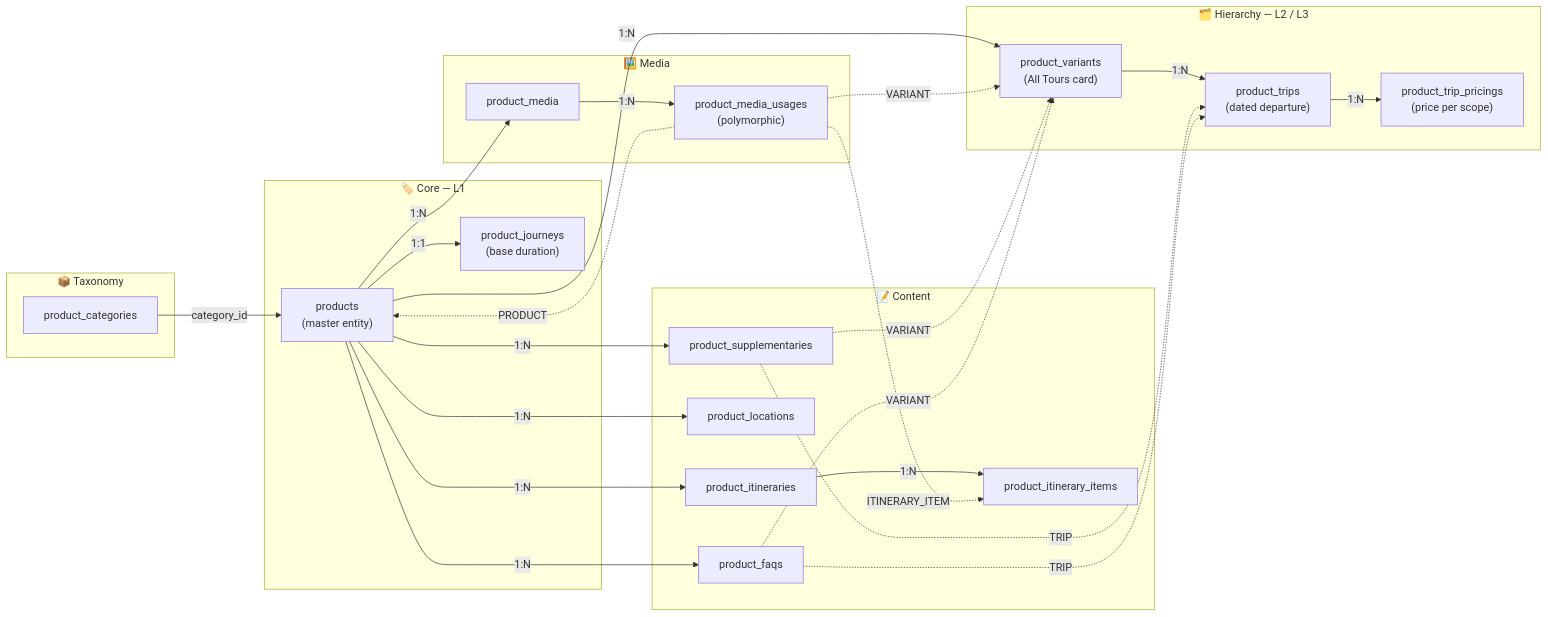
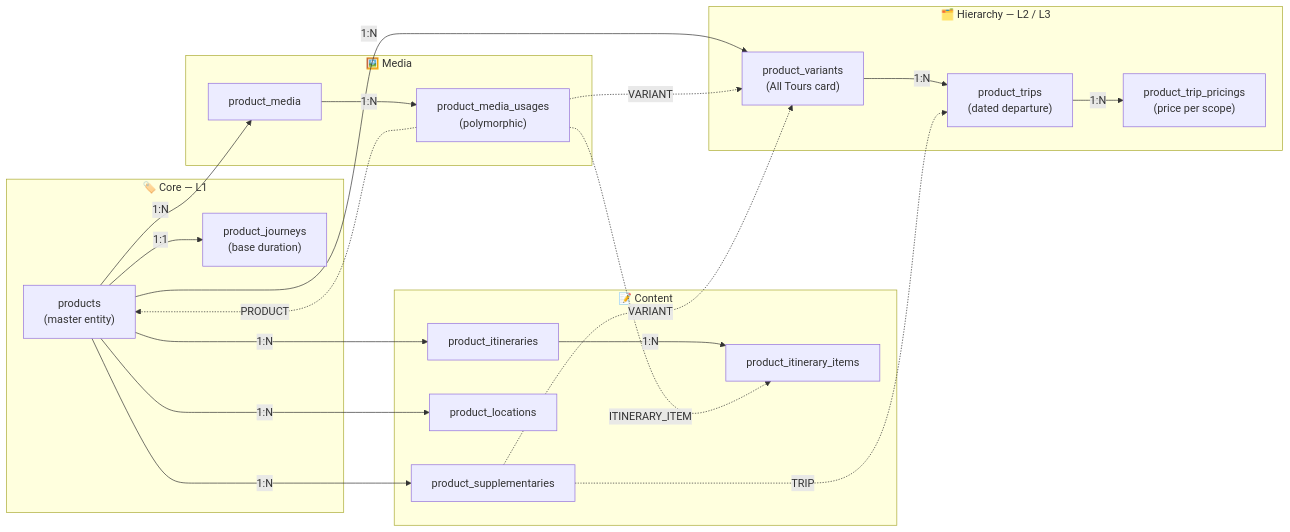
Before and after one commit to Haris-saifudin/hobiholidays-documentations: the third of 3 diagrams in product-hierarchy-technical-design.md, drawn with Mermaid. The commit also changed other lines of this file and 1 other file, not shown here.

Commit message:
refactor: remove product categories and FAQs while integrating an area domain for location management in technical design documentation

````diff
--- a/product-hierarchy-technical-design.md
+++ b/product-hierarchy-technical-design.md
@@ -356,54 +342,45 @@
 ```mermaid
 flowchart LR
-    subgraph TAXONOMY["📦 Taxonomy"]
-        CAT["product_categories"]
-    end
-
     subgraph CORE["🏷️ Core — L1"]
         P["products\n(master entity)"]
         PJ["product_journeys\n(base duration)"]
     end
 
     subgraph HIERARCHY["🗂️ Hierarchy — L2 / L3"]
         PV["product_variants\n(All Tours card)"]
         PT["product_trips\n(dated departure)"]
         PP["product_trip_pricings\n(price per scope)"]
     end
 
     subgraph CONTENT["📝 Content"]
         ITN["product_itineraries"]
         ITEM["product_itinerary_items"]
         LOC["product_locations"]
         SUPP["product_supplementaries"]
-        FAQ["product_faqs"]
     end
 
     subgraph MEDIA["🖼️ Media"]
         M["product_media"]
         MU["product_media_usages\n(polymorphic)"]
     end
 
-    CAT -->|"category_id"| P
     P   -->|"1:1"| PJ
     P   -->|"1:N"| PV
     PV  -->|"1:N"| PT
     PT  -->|"1:N"| PP
 
     P   -->|"1:N"| ITN
     ITN -->|"1:N"| ITEM
     P   -->|"1:N"| LOC
     P   -->|"1:N"| SUPP
-    P   -->|"1:N"| FAQ
 
     P   -->|"1:N"| M
     M   -->|"1:N"| MU
 
     MU  -. "PRODUCT" .-> P
     MU  -. "VARIANT" .-> PV
     MU  -. "ITINERARY_ITEM" .-> ITEM
 
     SUPP -. "VARIANT" .-> PV
     SUPP -. "TRIP" .-> PT
-    FAQ  -. "VARIANT" .-> PV
-    FAQ  -. "TRIP" .-> PT
 ```
````
